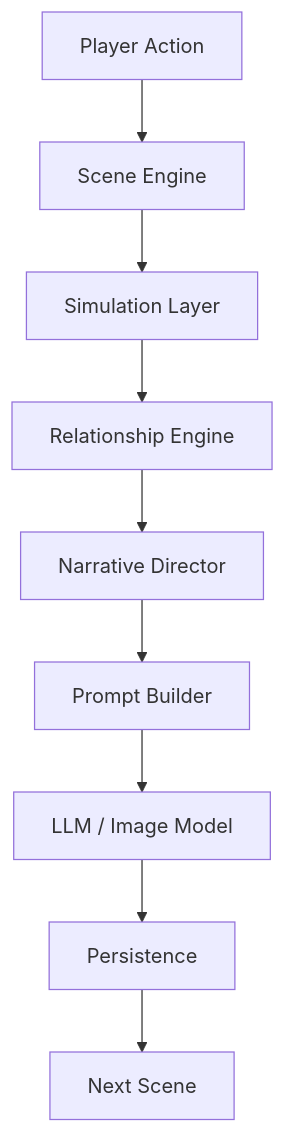
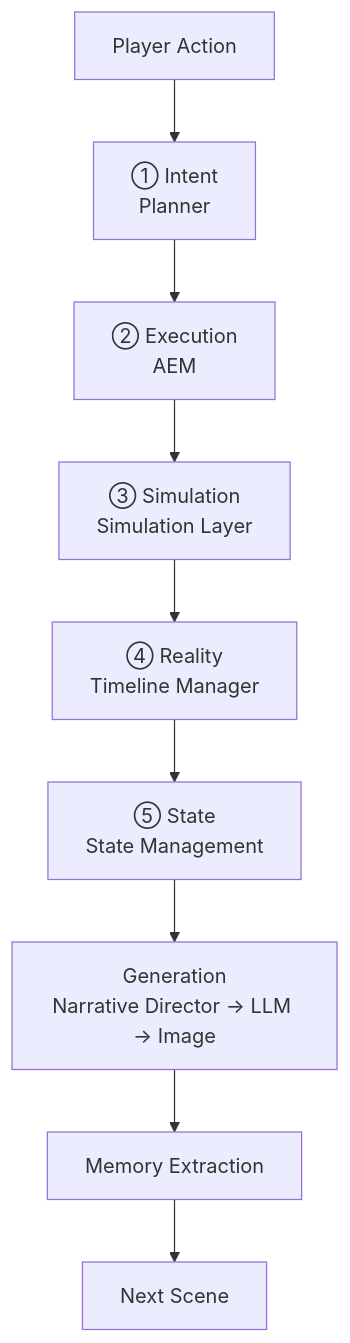
Before and after one commit to yueseyeyu/ai-narrative-rpg-engine: the second of 4 diagrams in docs/02_Architecture/Overall_Architecture_Blueprint.md, drawn with Mermaid. The commit also changed other lines of this file and 43 other files, not shown here.

Commit message:
feat: Architecture Baseline v1.0 Frozen + MVP-0 Validation (4/4 contract tests passing)

````diff
--- a/docs/02_Architecture/Overall_Architecture_Blueprint.md
+++ b/docs/02_Architecture/Overall_Architecture_Blueprint.md
@@ -113,11 +117,11 @@
 ```mermaid
 flowchart TD
-    A[Player Action] --> B[Scene Engine]
-    B --> C[Simulation Layer]
-    C --> D[Relationship Engine]
-    D --> E[Narrative Director]
-    E --> F[Prompt Builder]
-    F --> G[LLM / Image Model]
-    G --> H[Persistence]
-    H --> I[Next Scene]
+    PA[Player Action] --> INTENT[① Intent<br/>Planner]
+    INTENT --> EXEC[② Execution<br/>AEM]
+    EXEC --> SIM[③ Simulation<br/>Simulation Layer]
+    SIM --> REAL[④ Reality<br/>Timeline Manager]
+    REAL --> STATE[⑤ State<br/>State Management]
+    STATE --> GEN[Generation<br/>Narrative Director → LLM → Image]
+    GEN --> MEM[Memory Extraction]
+    MEM --> NEXT[Next Scene]
 ```
````
